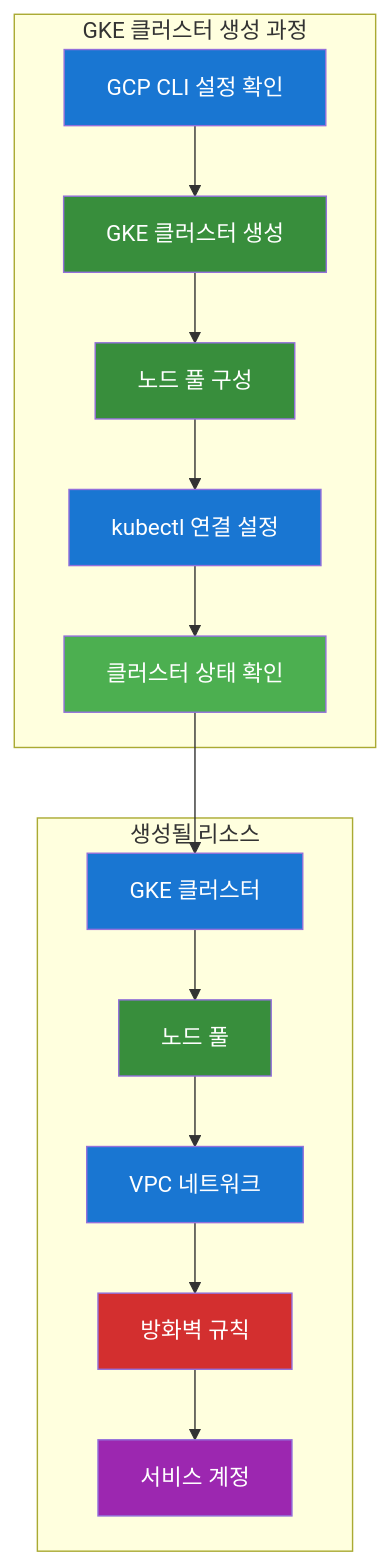
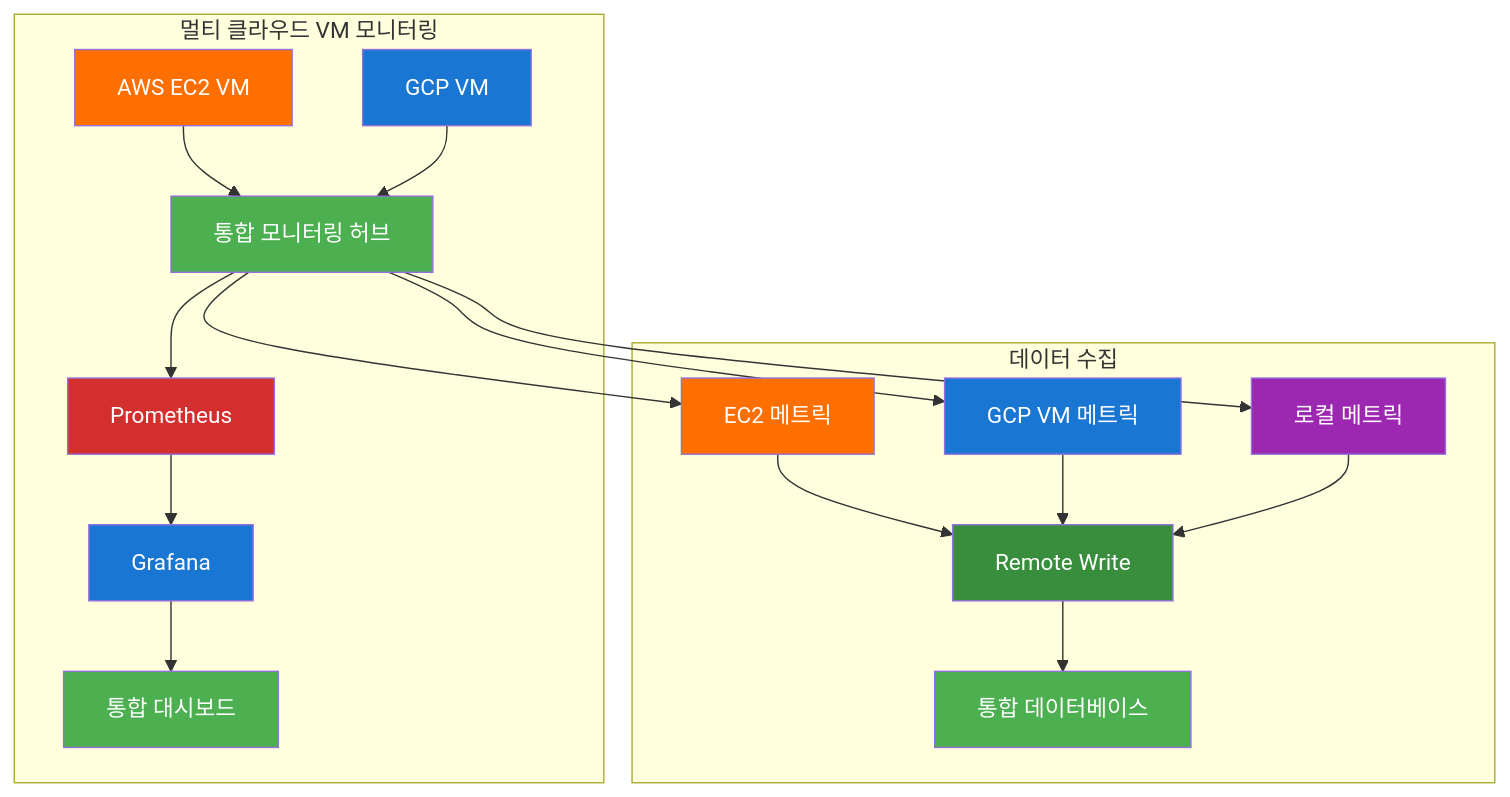
One commit to jungfrau70/mcp_cloud changed the seventh of 9 diagrams in mcp_knowledge_base/cloud_intermediate/lectures/day2/Day2_통합강의안_오후.md. Above: the diagram before and after it, drawn with Mermaid. The commit also changed other lines of this file and 27 other files, not shown here.

Commit message:
Update: 2025-10-01 06:17:00 - mcp_knowledge_base/.cursor/rules/automation-architecture.mdc and 27 more files

````diff
--- a/mcp_knowledge_base/cloud_intermediate/lectures/day2/Day2_통합강의안_오후.md
+++ b/mcp_knowledge_base/cloud_intermediate/lectures/day2/Day2_통합강의안_오후.md
@@ -532,29 +511,33 @@
 ```mermaid
 flowchart TD
-    subgraph "GKE 클러스터 생성 과정"
-        A["GCP CLI 설정 확인"] --> B["GKE 클러스터 생성"]
-        B --> C["노드 풀 구성"]
-        C --> D["kubectl 연결 설정"]
-        D --> E["클러스터 상태 확인"]
+    subgraph "멀티 클라우드 VM 모니터링"
+        A["AWS EC2 VM"] --> B["통합 모니터링 허브"]
+        C["GCP VM"] --> B
+        B --> D["Prometheus"]
+        D --> E["Grafana"]
+        E --> F["통합 대시보드"]
     end
     
-    subgraph "생성될 리소스"
-        F["GKE 클러스터"] --> G["노드 풀"]
-        G --> H["VPC 네트워크"]
-        H --> I["방화벽 규칙"]
-        I --> J["서비스 계정"]
+    subgraph "데이터 수집"
+        G["EC2 메트릭"] --> H["Remote Write"]
+        I["GCP VM 메트릭"] --> H
+        J["로컬 메트릭"] --> H
+        H --> K["통합 데이터베이스"]
     end
     
-    E --> F
+    B --> G
+    B --> I
+    B --> J
     
-    style A fill:#1976d2,color:#ffffff
-    style B fill:#388e3c,color:#ffffff
-    style C fill:#388e3c,color:#ffffff
-    style D fill:#1976d2,color:#ffffff
-    style E fill:#4caf50,color:#ffffff
-    style F fill:#1976d2,color:#ffffff
-    style G fill:#388e3c,color:#ffffff
-    style H fill:#1976d2,color:#ffffff
-    style I fill:#d32f2f,color:#ffffff
+    style A fill:#ff6f00,color:#ffffff
+    style B fill:#4caf50,color:#ffffff
+    style C fill:#1976d2,color:#ffffff
+    style D fill:#d32f2f,color:#ffffff
+    style E fill:#1976d2,color:#ffffff
+    style F fill:#4caf50,color:#ffffff
+    style G fill:#ff6f00,color:#ffffff
+    style H fill:#388e3c,color:#ffffff
+    style I fill:#1976d2,color:#ffffff
     style J fill:#9c27b0,color:#ffffff
+    style K fill:#4caf50,color:#ffffff
 ```
````
